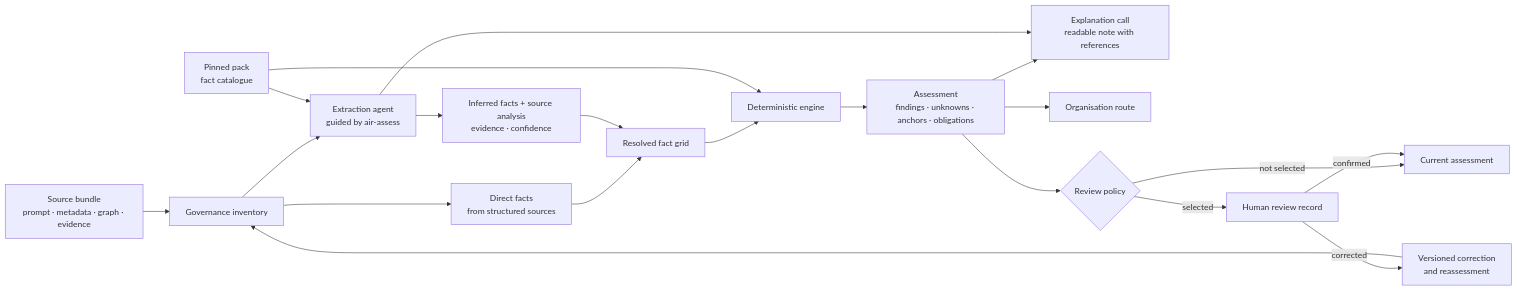
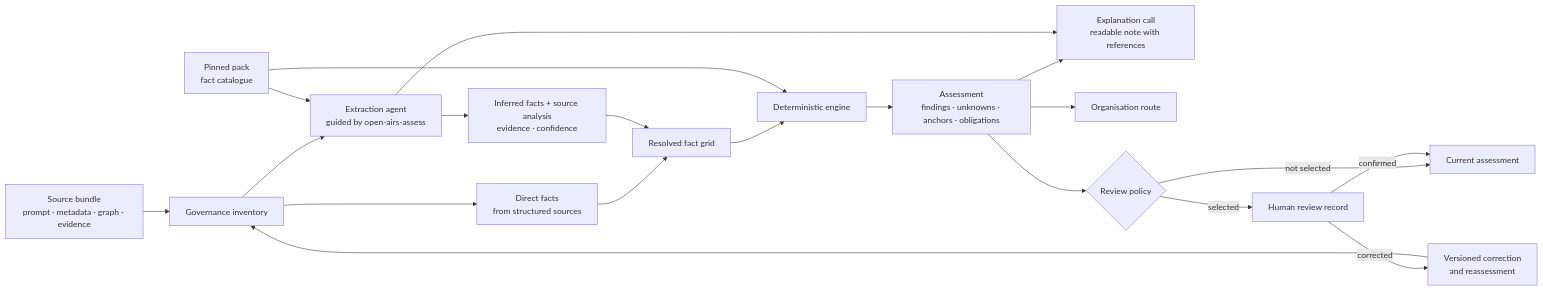
Before and after one commit to NickChaps/Open-AIRS: the first of 2 diagrams in spec/08-extraction-review-and-learning.md, drawn with Mermaid. The commit also changed other lines of this file and 101 other files, not shown here.

Commit message:
chore: rename project to Open AIRS

````diff
--- a/spec/08-extraction-review-and-learning.md
+++ b/spec/08-extraction-review-and-learning.md
@@ -12,22 +12,22 @@
 ```mermaid
 flowchart LR
     S["Source bundle<br/>prompt · metadata · graph · evidence"] --> G["Governance inventory"]
     G --> D["Direct facts<br/>from structured sources"]
-    G --> X["Extraction agent<br/>guided by air-assess"]
+    G --> X["Extraction agent<br/>guided by open-airs-assess"]
     P["Pinned pack<br/>fact catalogue"] --> X
     X --> I["Inferred facts + source analysis<br/>evidence · confidence"]
     D --> F["Resolved fact grid"]
     I --> F
     F --> E["Deterministic engine"]
     P --> E
     E --> A["Assessment<br/>findings · unknowns · anchors · obligations"]
     A --> N["Explanation call<br/>readable note with references"]
     X --> N
     A --> R["Organisation route"]
     A --> Q{"Review policy"}
     Q -->|"selected"| H["Human review record"]
     Q -->|"not selected"| C["Current assessment"]
     H -->|"confirmed"| C
     H -->|"corrected"| V["Versioned correction<br/>and reassessment"]
     V --> G
 ```
````
